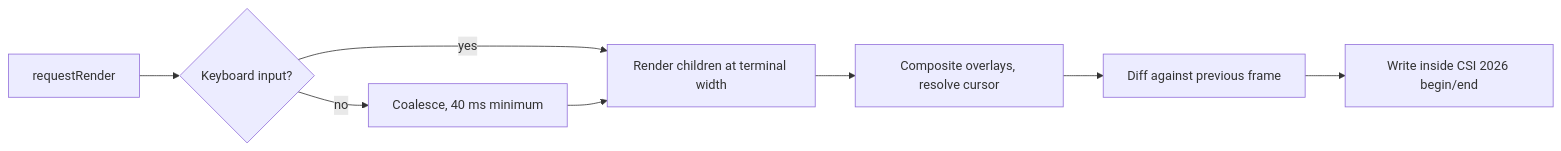
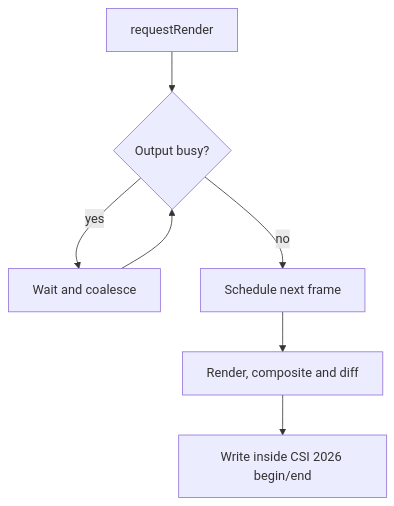
Before and after one commit to bgauryy/octocode-coding-agent: the diagram in packages/tui/README.md, drawn with Mermaid. The commit also changed other lines of this file and 630 other files, not shown here.

````diff
--- a/packages/tui/README.md
+++ b/packages/tui/README.md
@@ -50,10 +50,9 @@
 ```mermaid
-flowchart LR
-  A[requestRender] --> B{Keyboard input?}
-  B -- yes --> D
-  B -- no --> C[Coalesce, 40 ms minimum]
-  C --> D[Render children at terminal width]
-  D --> E[Composite overlays, resolve cursor]
-  E --> F[Diff against previous frame]
-  F --> G[Write inside CSI 2026 begin/end]
+flowchart TD
+  A[requestRender] --> B{Output busy?}
+  B -- yes --> C[Wait and coalesce]
+  C --> B
+  B -- no --> D[Schedule next frame]
+  D --> E[Render, composite and diff]
+  E --> F[Write inside CSI 2026 begin/end]
 ```
````
